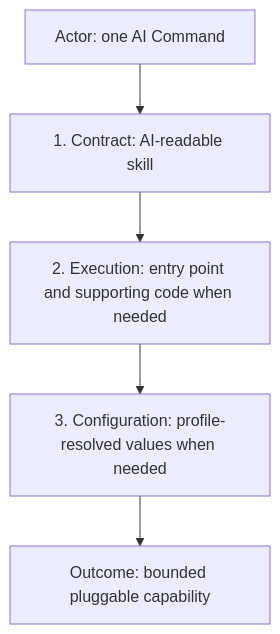
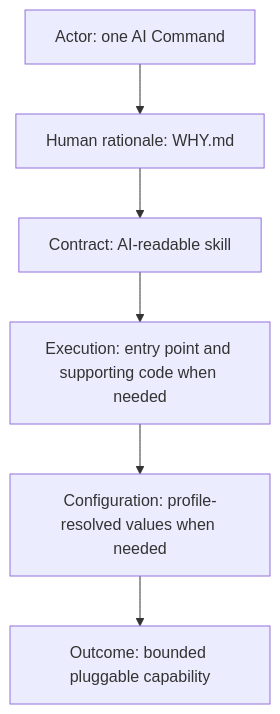
The third of 16 diagrams in CONTRIBUTING.md (starodubtsevconsulting/ai-commands), drawn with Mermaid before and after one commit. The commit also changed other lines of this file, not shown here.

Commit message:
Add WHY.md to command folder convention

````diff
--- a/CONTRIBUTING.md
+++ b/CONTRIBUTING.md
@@ -40,8 +40,9 @@
 ```mermaid
 flowchart TD
   Actor["Actor: one AI Command"]
-  Actor --> Contract["1. Contract: AI-readable skill"]
-  Contract --> Execution["2. Execution: entry point and supporting code when needed"]
-  Execution --> Configuration["3. Configuration: profile-resolved values when needed"]
+  Actor --> Why["Human rationale: WHY.md"]
+  Why --> Contract["Contract: AI-readable skill"]
+  Contract --> Execution["Execution: entry point and supporting code when needed"]
+  Execution --> Configuration["Configuration: profile-resolved values when needed"]
   Configuration --> Outcome["Outcome: bounded pluggable capability"]
 ```
````
